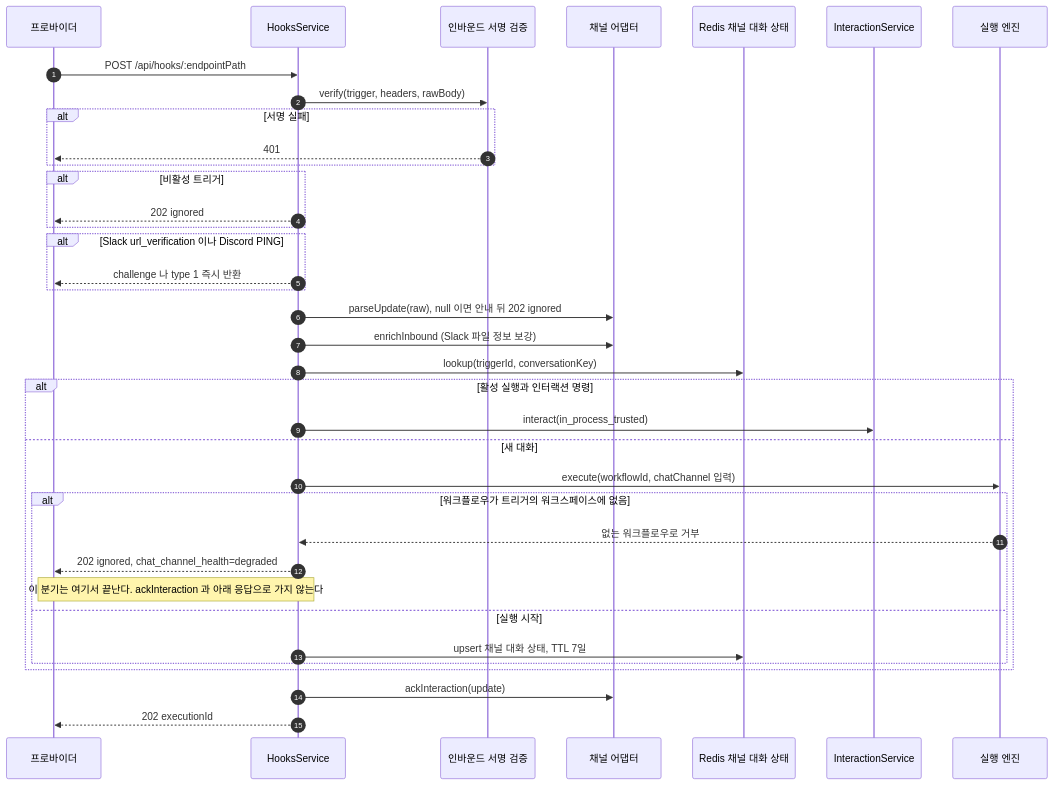
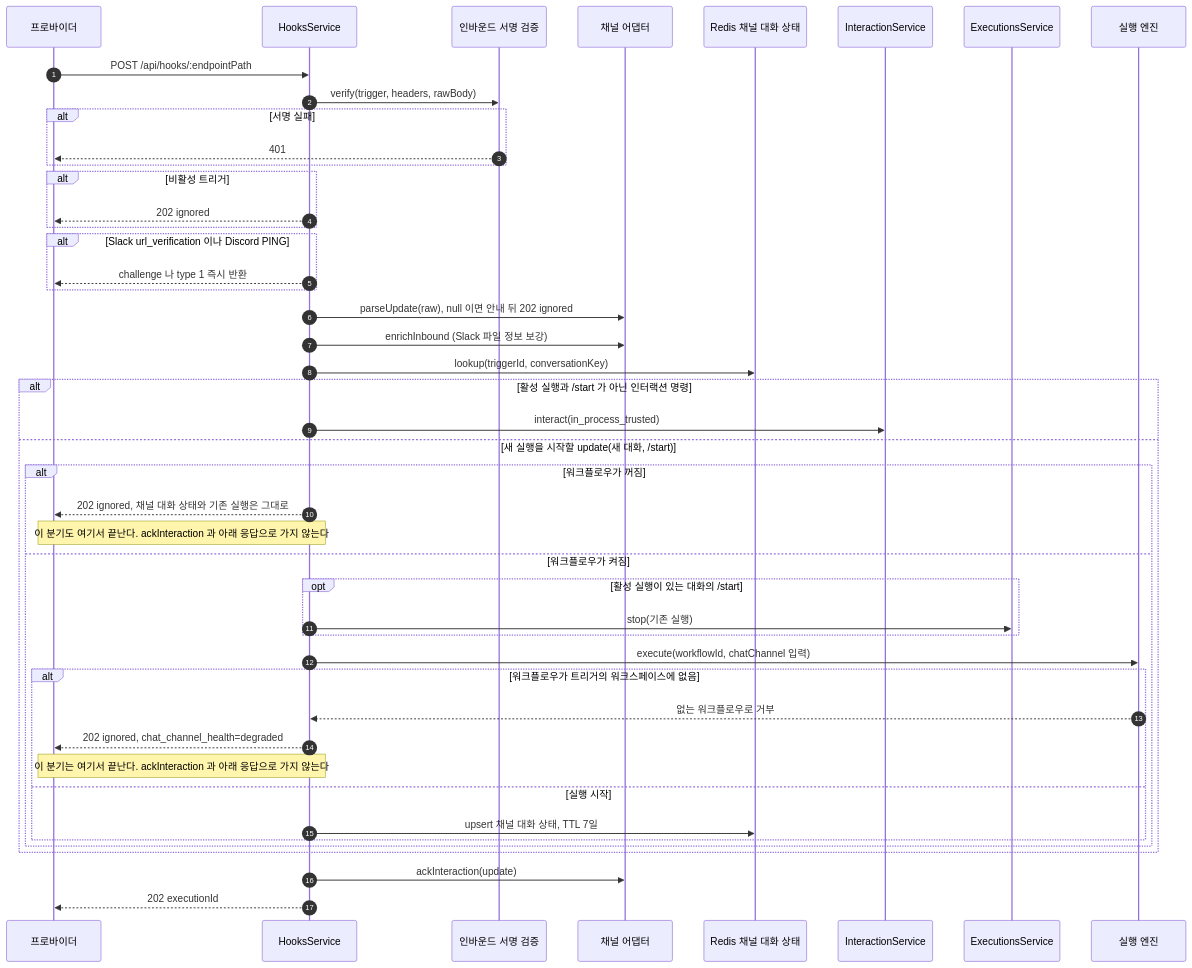
One commit to worker-ants/clemvion changed the first of 3 diagrams in spec/CLE-CHAT/CLE-CHAT-DATA.md. Above: the diagram before and after it, drawn with Mermaid. The commit also changed other lines of this file and 15 other files, not shown here.

````diff
--- a/spec/CLE-CHAT/CLE-CHAT-DATA.md
+++ b/spec/CLE-CHAT/CLE-CHAT-DATA.md
@@ -199,39 +199,48 @@
 ```mermaid
 sequenceDiagram
   autonumber
   participant Ext as 프로바이더
   participant Hk as HooksService
   participant Auth as 인바운드 서명 검증
   participant Ad as 채널 어댑터
   participant R as Redis 채널 대화 상태
   participant Int as InteractionService
+  participant X as ExecutionsService
   participant Eng as 실행 엔진
   Ext->>Hk: POST /api/hooks/:endpointPath
   Hk->>Auth: verify(trigger, headers, rawBody)
   alt 서명 실패
     Auth-->>Ext: 401
   end
   alt 비활성 트리거
     Hk-->>Ext: 202 ignored
   end
   alt Slack url_verification 이나 Discord PING
     Hk-->>Ext: challenge 나 type 1 즉시 반환
   end
   Hk->>Ad: parseUpdate(raw), null 이면 안내 뒤 202 ignored
   Hk->>Ad: enrichInbound (Slack 파일 정보 보강)
   Hk->>R: lookup(triggerId, conversationKey)
-  alt 활성 실행과 인터랙션 명령
+  alt 활성 실행과 /start 가 아닌 인터랙션 명령
     Hk->>Int: interact(in_process_trusted)
-  else 새 대화
-    Hk->>Eng: execute(workflowId, chatChannel 입력)
-    alt 워크플로우가 트리거의 워크스페이스에 없음
-      Eng-->>Hk: 없는 워크플로우로 거부
-      Hk-->>Ext: 202 ignored, chat_channel_health=degraded
-      Note over Hk,Ext: 이 분기는 여기서 끝난다. ackInteraction 과 아래 응답으로 가지 않는다
-    else 실행 시작
-      Hk->>R: upsert 채널 대화 상태, TTL 7일
+  else 새 실행을 시작할 update(새 대화, /start)
+    alt 워크플로우가 꺼짐
+      Hk-->>Ext: 202 ignored, 채널 대화 상태와 기존 실행은 그대로
+      Note over Hk,Ext: 이 분기도 여기서 끝난다. ackInteraction 과 아래 응답으로 가지 않는다
+    else 워크플로우가 켜짐
+      opt 활성 실행이 있는 대화의 /start
+        Hk->>X: stop(기존 실행)
+      end
+      Hk->>Eng: execute(workflowId, chatChannel 입력)
+      alt 워크플로우가 트리거의 워크스페이스에 없음
+        Eng-->>Hk: 없는 워크플로우로 거부
+        Hk-->>Ext: 202 ignored, chat_channel_health=degraded
+        Note over Hk,Ext: 이 분기는 여기서 끝난다. ackInteraction 과 아래 응답으로 가지 않는다
+      else 실행 시작
+        Hk->>R: upsert 채널 대화 상태, TTL 7일
+      end
     end
   end
   Hk->>Ad: ackInteraction(update)
   Hk-->>Ext: 202 executionId
 ```
````
